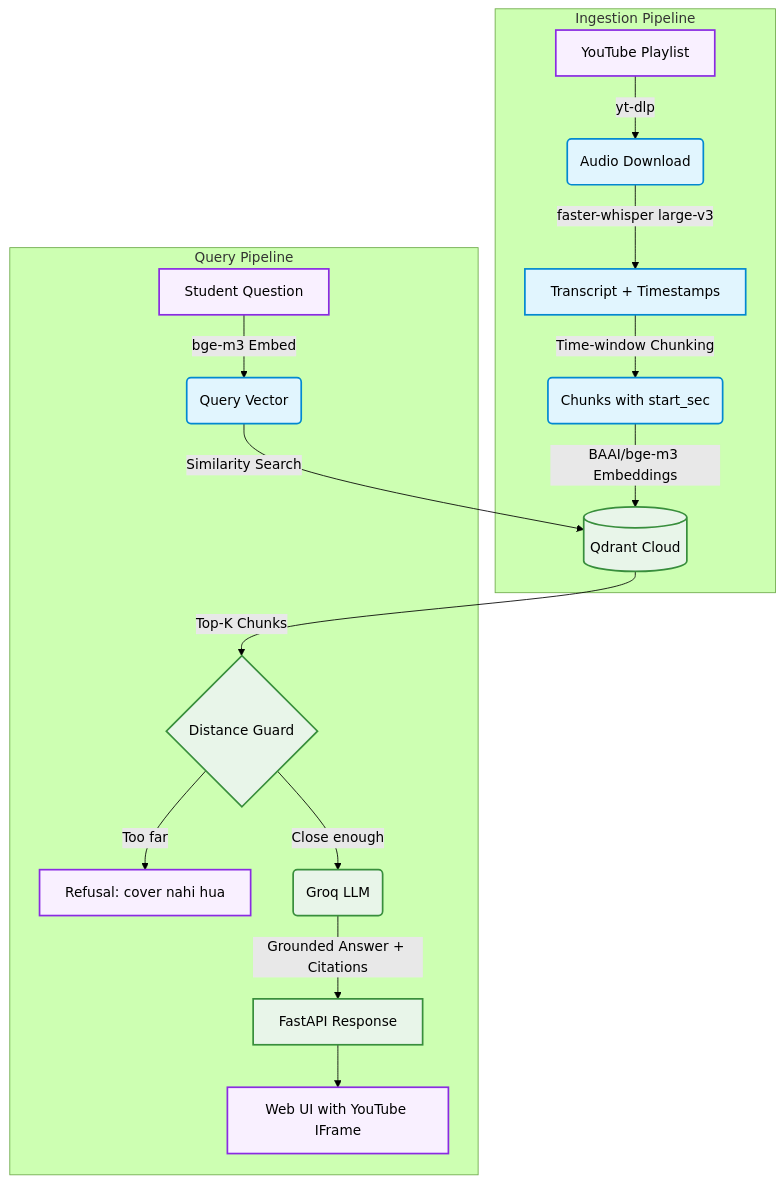
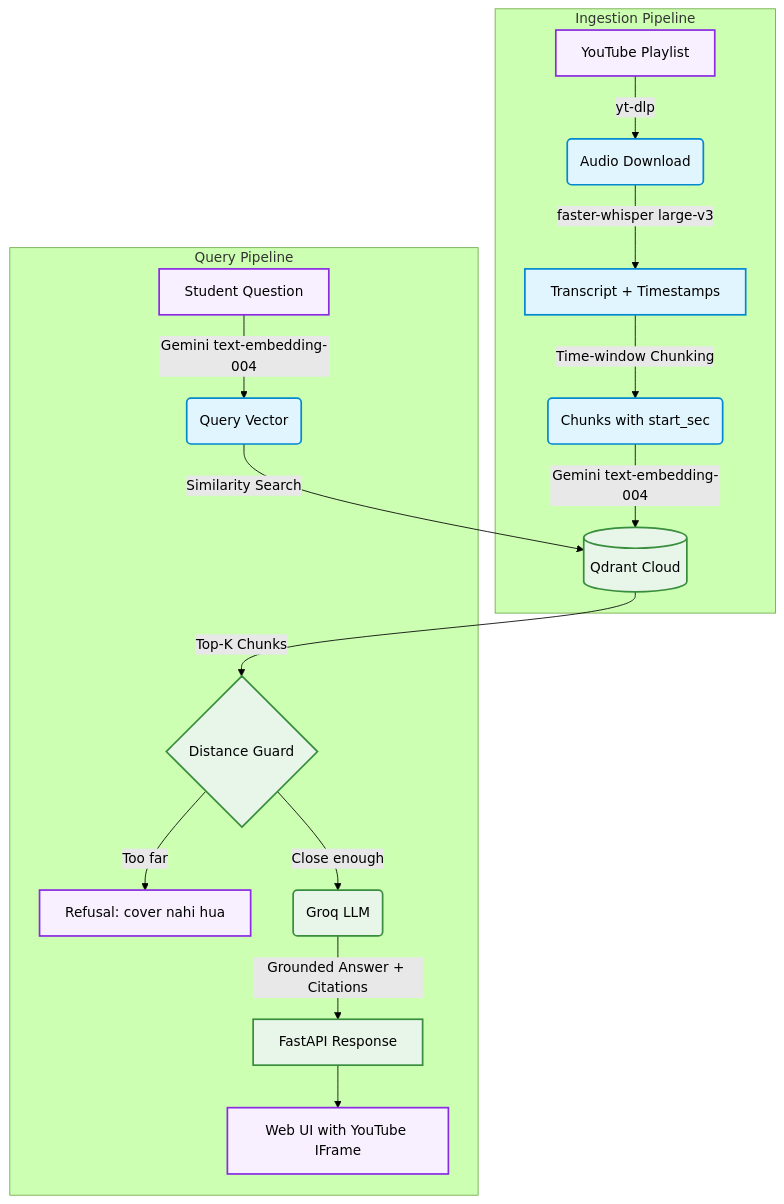
The diagram in README.md (Shashank17singh/Youtube-Scrapper), drawn with Mermaid (forest theme) before and after one commit. The commit also changed other lines of this file, not shown here.

Commit message:
update readme to reflect migration from BAAI/bge-m3 to Gemini embeddings

````diff
--- a/README.md
+++ b/README.md
@@ -27,27 +27,27 @@
 ```mermaid
 graph TD
     subgraph "Ingestion Pipeline"
     A[YouTube Playlist] -->|yt-dlp| B(Audio Download)
     B -->|faster-whisper large-v3| C[Transcript + Timestamps]
     C -->|Time-window Chunking| D(Chunks with start_sec)
-    D -->|BAAI/bge-m3 Embeddings| E[(Qdrant Cloud)]
+    D -->|Gemini text-embedding-004| E[(Qdrant Cloud)]
     end
 
     subgraph "Query Pipeline"
-    F[Student Question] -->|bge-m3 Embed| G(Query Vector)
+    F[Student Question] -->|Gemini text-embedding-004| G(Query Vector)
     G -->|Similarity Search| E
     E -->|Top-K Chunks| H{Distance Guard}
     H -->|Too far| I[Refusal: cover nahi hua]
     H -->|Close enough| J(Groq LLM)
     J -->|Grounded Answer + Citations| K[FastAPI Response]
     K --> L[Web UI with YouTube IFrame]
     end
 
     classDef io fill:#f9f0ff,stroke:#8a2be2,stroke-width:2px,color:#000;
     classDef core fill:#e1f5fe,stroke:#0288d1,stroke-width:2px,color:#000;
     classDef logic fill:#e8f5e9,stroke:#388e3c,stroke-width:2px,color:#000;
 
     class A,F,I,L io;
     class B,C,D,G core;
     class E,H,J,K logic;
 ```
````
